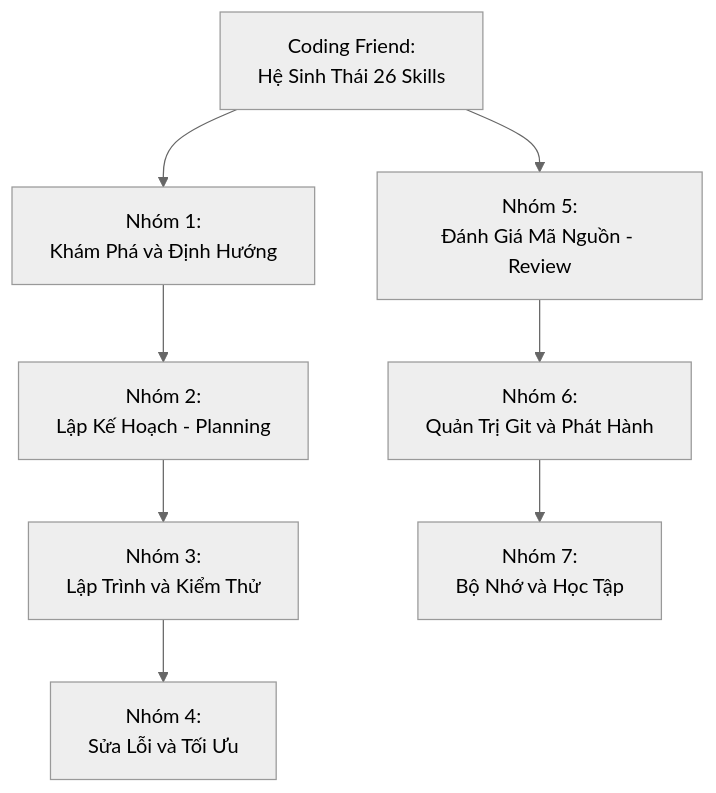
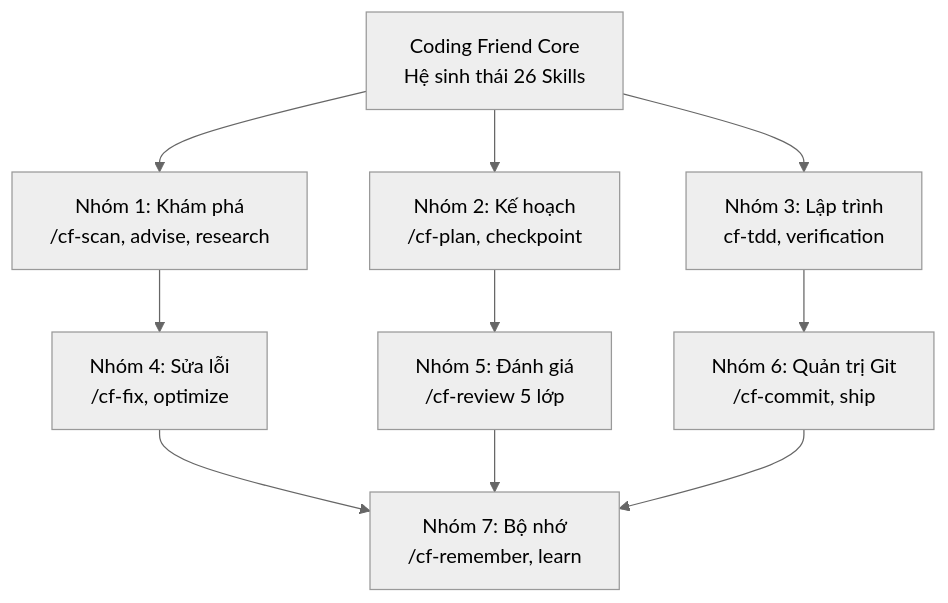
Before and after one commit to nguyengoctin/my_website: the second of 6 diagrams in content/posts/toan-tap-coding-friend-ai-engineering.md, drawn with Mermaid (neutral theme). The commit also changed other lines of this file and 34 other files, not shown here.

````diff
--- a/content/posts/toan-tap-coding-friend-ai-engineering.md
+++ b/content/posts/toan-tap-coding-friend-ai-engineering.md
@@ -63,11 +67,20 @@
 ```mermaid
 flowchart TD
-    CF["`Coding Friend:<br/>Hệ Sinh Thái 26 Skills`"]
-    CF --> G1["`Nhóm 1:<br/>Khám Phá và Định Hướng`"]
-    CF --> G5["`Nhóm 5:<br/>Đánh Giá Mã Nguồn - Review`"]
-    G1 --> G2["`Nhóm 2:<br/>Lập Kế Hoạch - Planning`"]
-    G2 --> G3["`Nhóm 3:<br/>Lập Trình và Kiểm Thử`"]
-    G3 --> G4["`Nhóm 4:<br/>Sửa Lỗi và Tối Ưu`"]
-    G5 --> G6["`Nhóm 6:<br/>Quản Trị Git và Phát Hành`"]
-    G6 --> G7["`Nhóm 7:<br/>Bộ Nhớ và Học Tập`"]
+    CF["Coding Friend Core<br/>Hệ sinh thái 26 Skills"]
+    G1["Nhóm 1: Khám phá<br/>/cf-scan, advise, research"]
+    G2["Nhóm 2: Kế hoạch<br/>/cf-plan, checkpoint"]
+    G3["Nhóm 3: Lập trình<br/>cf-tdd, verification"]
+    G4["Nhóm 4: Sửa lỗi<br/>/cf-fix, optimize"]
+    G5["Nhóm 5: Đánh giá<br/>/cf-review 5 lớp"]
+    G6["Nhóm 6: Quản trị Git<br/>/cf-commit, ship"]
+    G7["Nhóm 7: Bộ nhớ<br/>/cf-remember, learn"]
+    CF --> G1
+    CF --> G2
+    CF --> G3
+    G1 --> G4
+    G2 --> G5
+    G3 --> G6
+    G4 --> G7
+    G5 --> G7
+    G6 --> G7
 ```
````
